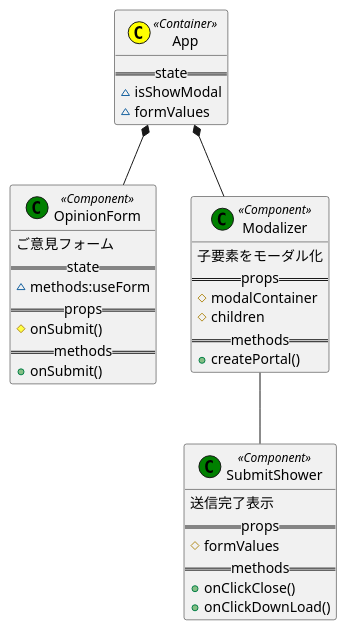
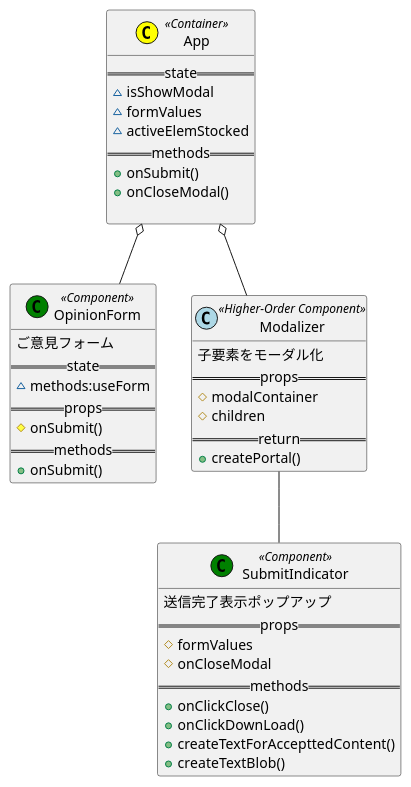
One commit to dede-20191130/send-contact-form-react-router changed the diagram in docs/class/class.pu. Above: the diagram before and after it, drawn with PlantUML. The commit also changed 5 other files, not shown here.

Commit message:
create modal component

```diff
--- a/docs/class/class.pu
+++ b/docs/class/class.pu
@@ -1,41 +1,49 @@
 @startuml class diagram
 
 class App << (C,yellow) Container>> {
     ==state==
     ~isShowModal
     ~formValues
+    ~activeElemStocked
+    ==methods==
+    +onSubmit()
+    +onCloseModal()
+
 }
 
 class OpinionForm << (C,green) Component>> {
     ご意見フォーム
     ==state==
     ~methods:useForm
     ==props==
     #onSubmit()
     ==methods==
     +onSubmit()
 }
 
-class Modalizer << (C,green) Component>> {
+class Modalizer << (C,lightblue) Higher-Order Component>> {
     子要素をモーダル化
     ==props==
     #modalContainer
     #children
-    ==methods==
+    ==return==
     +createPortal()
 }
 
-class SubmitShower << (C,green) Component>> {
-    送信完了表示
+class SubmitIndicator << (C,green) Component>> {
+    送信完了表示ポップアップ
     ==props==
     #formValues
+    #onCloseModal
     ==methods==
     +onClickClose()
     +onClickDownLoad()
+    +createTextForAccepttedContent()
+    +createTextBlob()
 }
 
-App *-- OpinionForm
-App *-- Modalizer
-Modalizer -- SubmitShower
+App o-- OpinionForm
+App o-- Modalizer
+Modalizer -- SubmitIndicator
 
 @enduml
```
